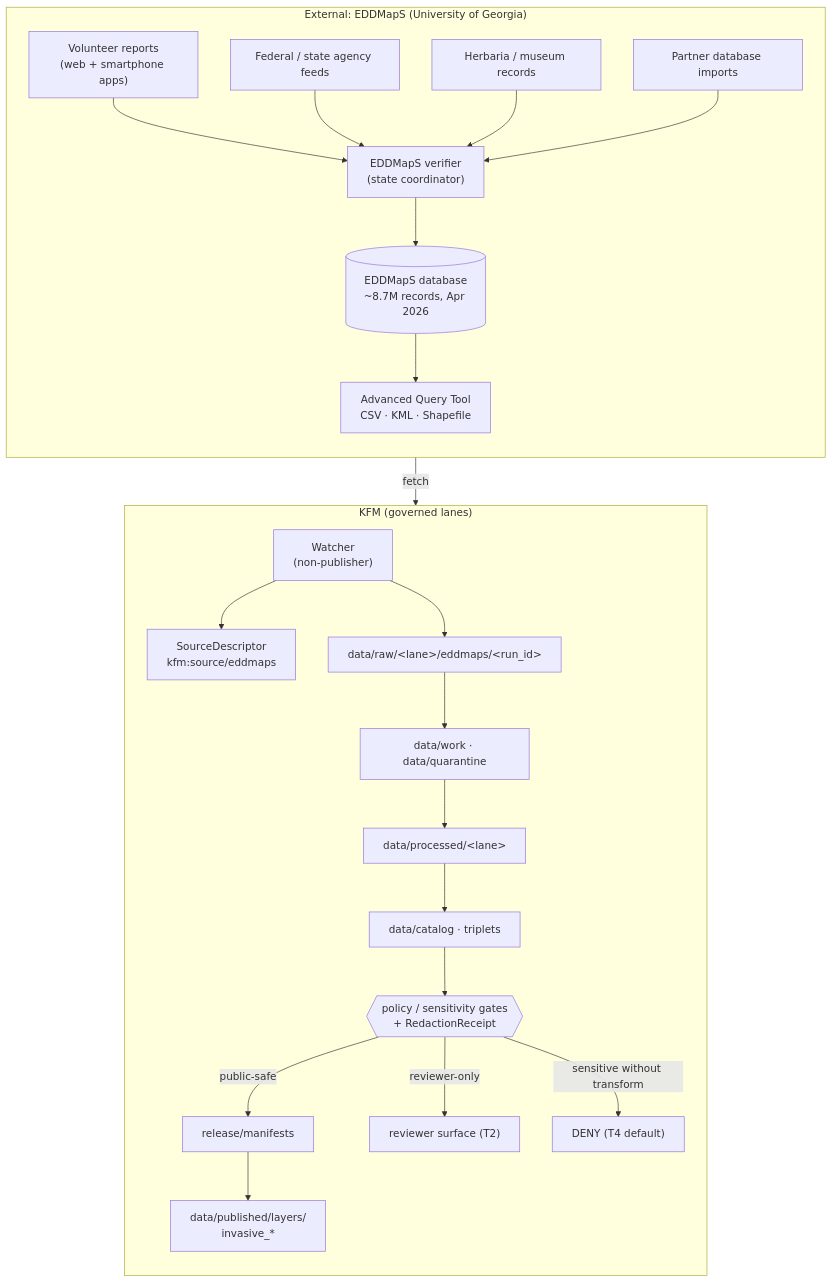
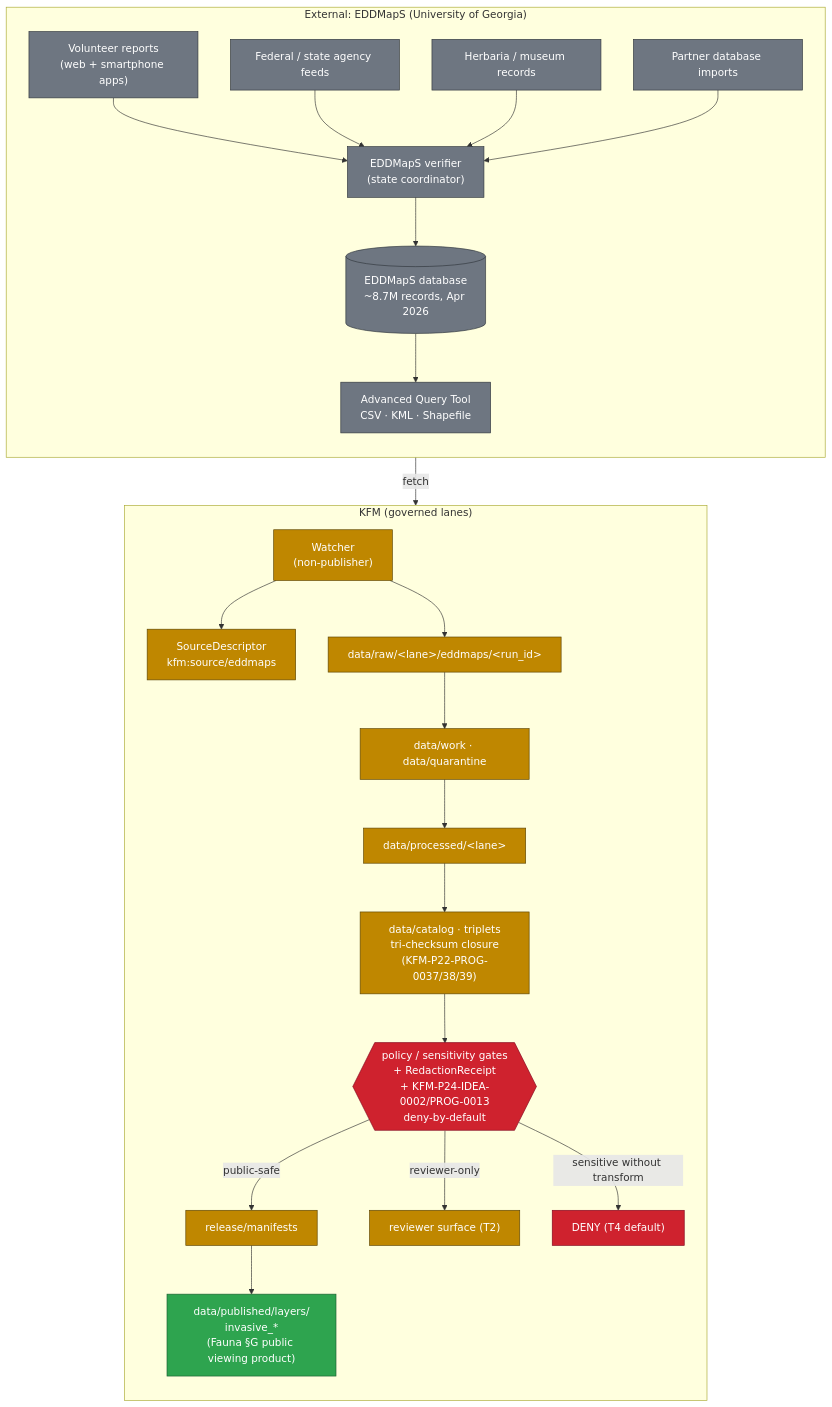
The second of 2 diagrams in docs/sources/catalog/eddmaps/README.md (bartytime4life/Kansas-Frontier-Matrix), drawn with Mermaid before and after one commit. The commit also changed other lines of this file, not shown here.

Commit message:
Update EDDMapS catalog entry to version v0.2

````diff
--- a/docs/sources/catalog/eddmaps/README.md
+++ b/docs/sources/catalog/eddmaps/README.md
@@ -349,47 +443,56 @@
 ```mermaid
 flowchart TB
   subgraph EXT["External: EDDMapS (University of Georgia)"]
     direction TB
     R1["Volunteer reports<br/>(web + smartphone apps)"]
     R2["Federal / state agency feeds"]
     R3["Herbaria / museum records"]
     R4["Partner database imports"]
     V["EDDMapS verifier<br/>(state coordinator)"]
     DB[("EDDMapS database<br/>~8.7M records, Apr 2026")]
     Q["Advanced Query Tool<br/>CSV · KML · Shapefile"]
 
     R1 --> V
     R2 --> V
     R3 --> V
     R4 --> V
     V --> DB
     DB --> Q
   end
 
   subgraph KFM["KFM (governed lanes)"]
     direction TB
     SD["SourceDescriptor<br/>kfm:source/eddmaps"]
     W["Watcher<br/>(non-publisher)"]
     RAW["data/raw/&lt;lane&gt;/eddmaps/&lt;run_id&gt;"]
     WQ["data/work · data/quarantine"]
     PROC["data/processed/&lt;lane&gt;"]
-    CAT["data/catalog · triplets"]
-    POL{{"policy / sensitivity gates<br/>+ RedactionReceipt"}}
+    CAT["data/catalog · triplets<br/>tri-checksum closure<br/>(KFM-P22-PROG-0037/38/39)"]
+    POL{{"policy / sensitivity gates<br/>+ RedactionReceipt<br/>+ KFM-P24-IDEA-0002/PROG-0013<br/>deny-by-default"}}
     REL["release/manifests"]
-    PUB["data/published/layers/<br/>invasive_*"]
+    PUB["data/published/layers/<br/>invasive_*<br/>(Fauna §G public viewing product)"]
     REV["reviewer surface (T2)"]
     DENY["DENY (T4 default)"]
   end
 
   Q -->|fetch| W
   W --> SD
   W --> RAW
   RAW --> WQ
   WQ --> PROC
   PROC --> CAT
   CAT --> POL
   POL -->|public-safe| REL
   POL -->|reviewer-only| REV
   POL -->|sensitive without transform| DENY
   REL --> PUB
+
+  classDef external fill:#6e7681,stroke:#30363d,color:#fff;
+  classDef governed fill:#bf8700,stroke:#5c4400,color:#fff;
+  classDef policy fill:#cf222e,stroke:#82071e,color:#fff;
+  classDef pub fill:#2ea44f,stroke:#1a5e2f,color:#fff;
+  class R1,R2,R3,R4,V,DB,Q external;
+  class SD,W,RAW,WQ,PROC,CAT,REL,REV governed;
+  class POL,DENY policy;
+  class PUB pub;
 ```
````
